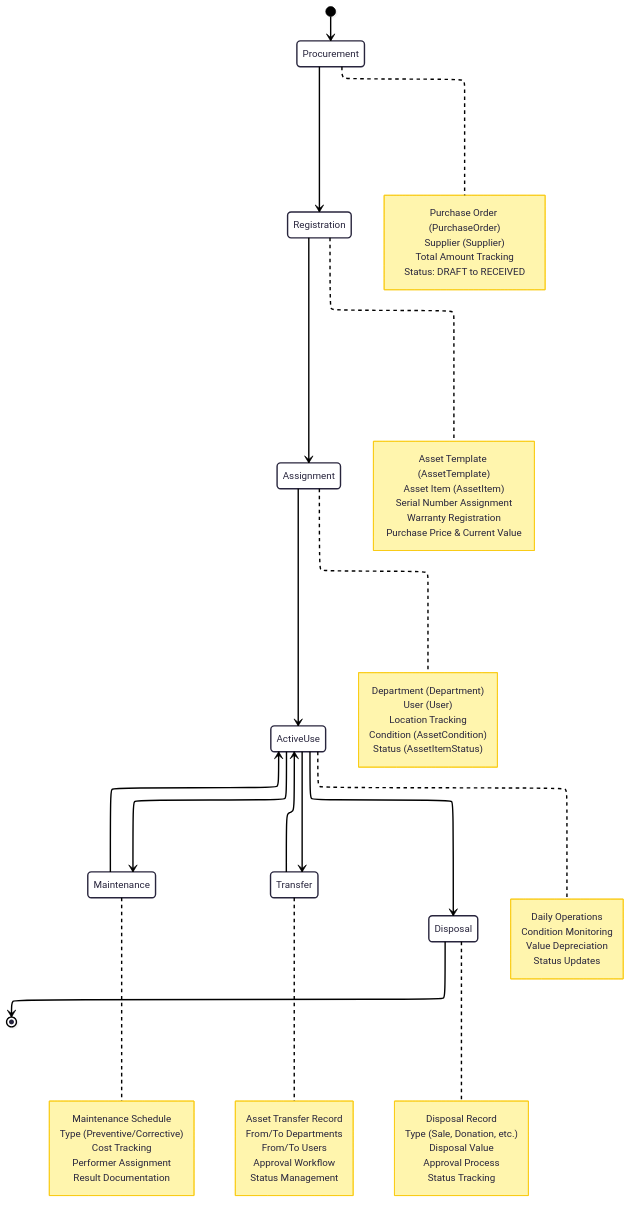
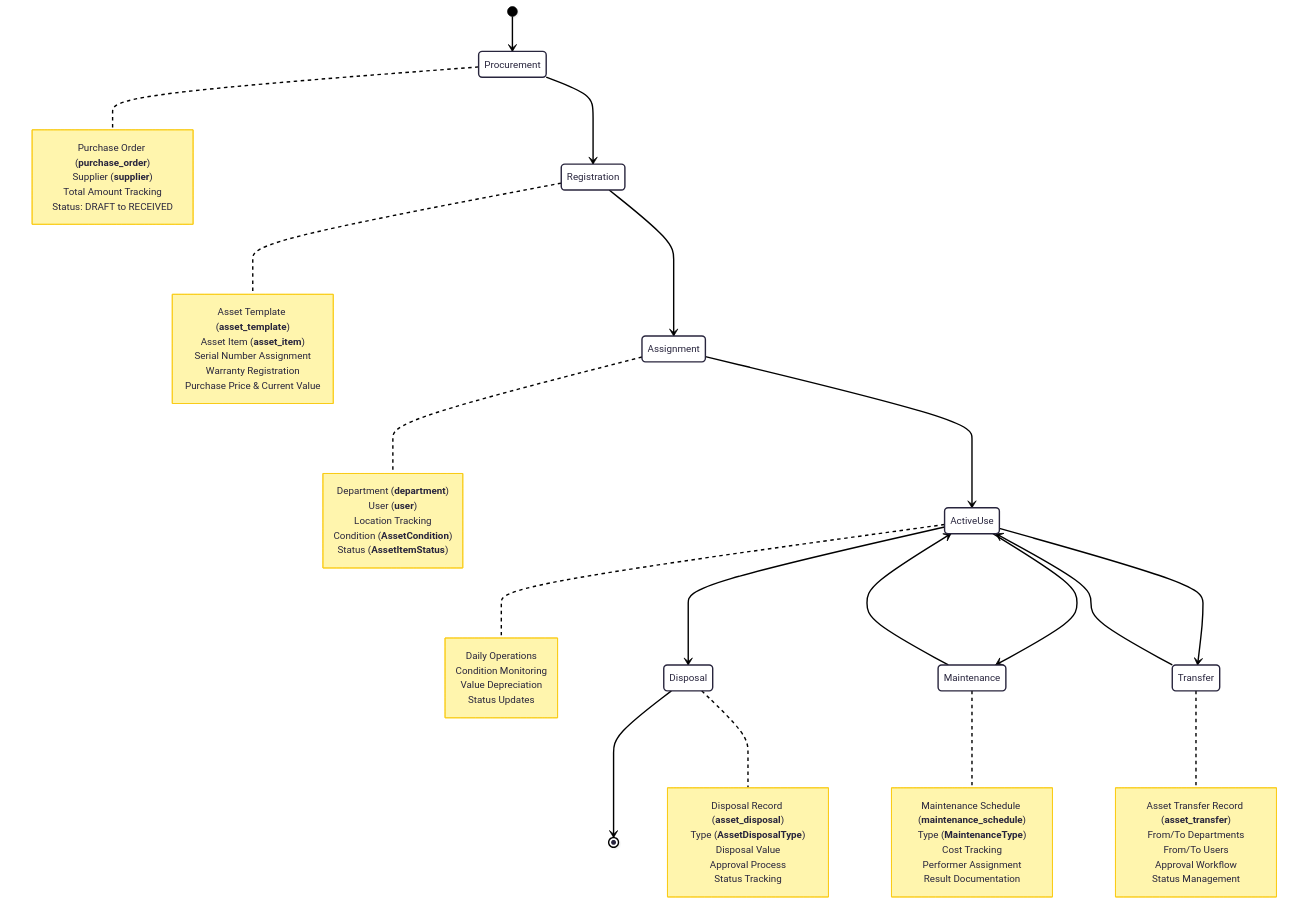
Before and after one commit to philongdanh/asset-manager: the second of 2 diagrams in docs/architecture/01-system-overview.md, drawn with Mermaid. The commit also changed other lines of this file and 1 other file, not shown here.

````diff
--- a/docs/architecture/01-system-overview.md
+++ b/docs/architecture/01-system-overview.md
@@ -126,77 +130,68 @@
 ```mermaid
 ---
 config:
-  layout: elk
+  layout: dagre
   theme: redux
   themeVariables:
     fontFamily: EB Garamond
 ---
-stateDiagram-v2
-    [*] --> Procurement
-    Procurement --> Registration
-    Registration --> Assignment
-    Assignment --> ActiveUse
-    
-    ActiveUse --> Maintenance
-    Maintenance --> ActiveUse
-    
-    ActiveUse --> Transfer
-    Transfer --> ActiveUse
-    
-    ActiveUse --> Disposal
-    Disposal --> [*]
-    
-    note right of Procurement
-        Purchase Order (PurchaseOrder)
-        Supplier (Supplier)
+stateDiagram
+  direction TB
+  [*] --> Procurement
+  Procurement --> Registration
+  Registration --> Assignment
+  Assignment --> ActiveUse
+  ActiveUse --> Maintenance
+  Maintenance --> ActiveUse
+  ActiveUse --> Transfer
+  Transfer --> ActiveUse
+  ActiveUse --> Disposal
+  Disposal --> [*]
+  note right of Procurement 
+  Purchase Order (**purchase_order**)
+        Supplier (**supplier**)
         Total Amount Tracking
         Status: DRAFT to RECEIVED
-    end note
-    
-    note right of Registration
-        Asset Template (AssetTemplate)
-        Asset Item (AssetItem)
+  end note
+  note right of Registration 
+  Asset Template (**asset_template**)
+        Asset Item (**asset_item**)
         Serial Number Assignment
         Warranty Registration
         Purchase Price & Current Value
-    end note
-    
-    note right of Assignment
-        Department (Department)
-        User (User)
+  end note
+  note right of Assignment 
+  Department (**department**)
+        User (**user**)
         Location Tracking
-        Condition (AssetCondition)
-        Status (AssetItemStatus)
-    end note
-    
-    note right of ActiveUse
-        Daily Operations
+        Condition (**AssetCondition**)
+        Status (**AssetItemStatus**)
+  end note
+  note right of ActiveUse 
+  Daily Operations
         Condition Monitoring
         Value Depreciation
         Status Updates
-    end note
-    
-    note right of Maintenance
-        Maintenance Schedule
-        Type (Preventive/Corrective)
+  end note
+  note right of Maintenance 
+  Maintenance Schedule (**maintenance_schedule**)
+        Type (**MaintenanceType**)
         Cost Tracking
         Performer Assignment
         Result Documentation
-    end note
-    
-    note right of Transfer
-        Asset Transfer Record
+  end note
+  note right of Transfer 
+  Asset Transfer Record (**asset_transfer**)
         From/To Departments
         From/To Users
         Approval Workflow
         Status Management
-    end note
-    
-    note right of Disposal
-        Disposal Record
-        Type (Sale, Donation, etc.)
+  end note
+  note right of Disposal 
+  Disposal Record (**asset_disposal**)
+        Type (**AssetDisposalType**)
         Disposal Value
         Approval Process
         Status Tracking
-    end note
+  end note
 ```
````
